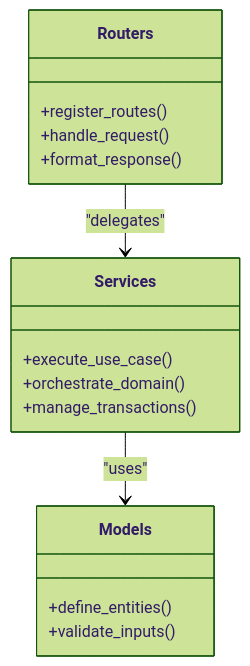
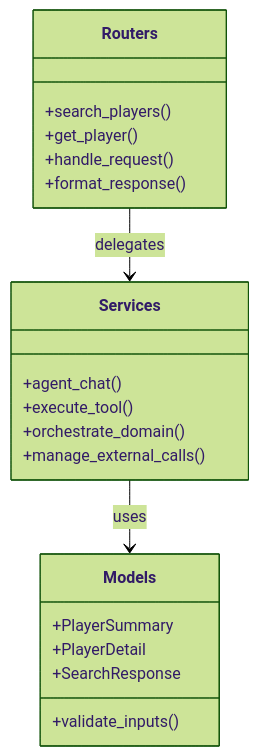
Before and after one commit to Ragnar1999/GoNow: the third of 4 diagrams in .qoder/repowiki/en/content/Development Guidelines.md, drawn with Mermaid (forest theme). The commit also changed other lines of this file and 10 other files, not shown here.

First line of the commit message:
docs: update all documentation with agentic chat, Makefile, and agent design research

````diff
--- a/.qoder/repowiki/en/content/Development Guidelines.md
+++ b/.qoder/repowiki/en/content/Development Guidelines.md
@@ -114,19 +200,23 @@
 ```mermaid
 classDiagram
 class Models {
-+define_entities()
++PlayerSummary
++PlayerDetail
++SearchResponse
 +validate_inputs()
 }
 class Routers {
-+register_routes()
++search_players()
++get_player()
 +handle_request()
 +format_response()
 }
 class Services {
-+execute_use_case()
++agent_chat()
++execute_tool()
 +orchestrate_domain()
-+manage_transactions()
++manage_external_calls()
 }
-Routers --> Services : "delegates"
-Services --> Models : "uses"
+Routers --> Services : delegates
+Services --> Models : uses
 ```
````
